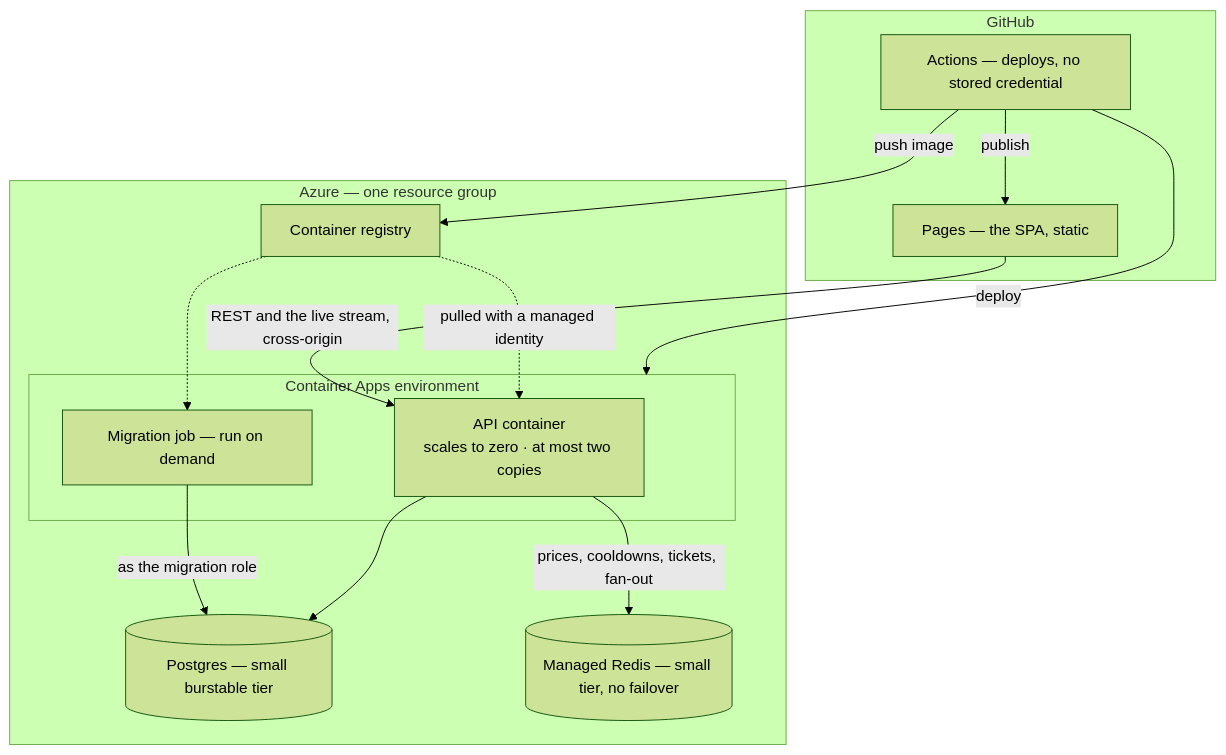
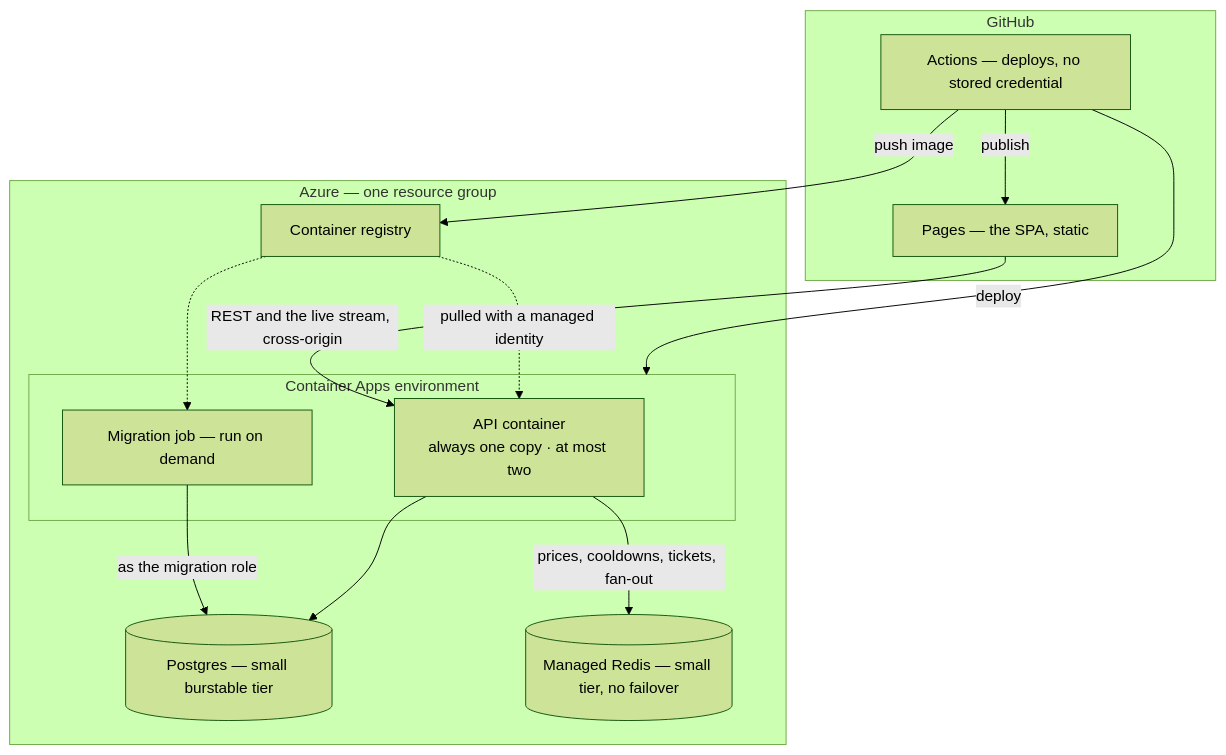
One commit to Dilicidum/StockPortfolio changed the fourth of 4 diagrams in docs/reference/module-interactions.md. Above: the diagram before and after it, drawn with Mermaid (forest theme). The commit also changed other lines of this file and 191 other files, not shown here.

````diff
--- a/docs/reference/module-interactions.md
+++ b/docs/reference/module-interactions.md
@@ -193,27 +203,27 @@
 ```mermaid
 flowchart TB
     subgraph GH["GitHub"]
         Pages["Pages — the SPA, static"]
         GA["Actions — deploys, no stored credential"]
     end
 
     subgraph AZ["Azure — one resource group"]
         ACR["Container registry"]
         subgraph ENV["Container Apps environment"]
-            API["API container<br/>scales to zero · at most two copies"]
+            API["API container<br/>always one copy · at most two"]
             JOB["Migration job — run on demand"]
         end
         PG[("Postgres — small burstable tier")]
         RD[("Managed Redis — small tier, no failover")]
     end
 
     Pages -->|"REST and the live stream, cross-origin"| API
     GA -->|push image| ACR
     GA -->|deploy| ENV
     GA -->|publish| Pages
     ACR -.->|"pulled with a managed identity"| API
     ACR -.-> JOB
     JOB -->|"as the migration role"| PG
     API --> PG
     API -->|"prices, cooldowns, tickets, fan-out"| RD
 ```
````
